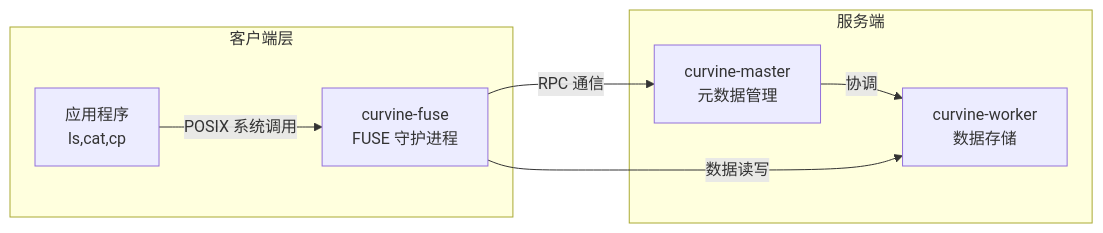
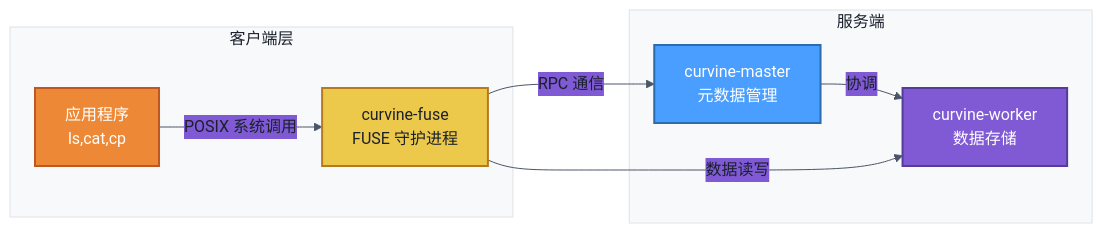
Before and after one commit to CurvineIO/curvine-doc: the second of 2 diagrams in i18n/zh-cn/docusaurus-plugin-content-docs/current/2-Deploy/2-Deploy-Curvine-Cluster/1-Preparation/04-Deployment-Architecture.md, drawn with Mermaid. The commit also changed other lines of this file and 5 other files, not shown here.

````diff
--- a/i18n/zh-cn/docusaurus-plugin-content-docs/current/2-Deploy/2-Deploy-Curvine-Cluster/1-Preparation/04-Deployment-Architecture.md
+++ b/i18n/zh-cn/docusaurus-plugin-content-docs/current/2-Deploy/2-Deploy-Curvine-Cluster/1-Preparation/04-Deployment-Architecture.md
@@ -71,15 +83,27 @@
 ```mermaid
+%%{init: {'theme': 'base', 'themeVariables': { 'background': '#ffffff', 'primaryColor': '#4a9eff', 'primaryTextColor': '#1a202c', 'primaryBorderColor': '#3182ce', 'lineColor': '#4a5568', 'secondaryColor': '#805ad5', 'tertiaryColor': '#38a169', 'mainBkg': '#ffffff', 'nodeBorder': '#4a5568', 'clusterBkg': '#f8f9fa', 'clusterBorder': '#dee2e6', 'titleColor': '#1a202c'}}}%%
 flowchart LR
     subgraph 客户端层
     App[应用程序<br/>ls,cat,cp]
     fuse[curvine-fuse<br/>FUSE 守护进程]
     App -- POSIX 系统调用 --> fuse
     end
     subgraph 服务端
     master[curvine-master<br/>元数据管理]
     worker[curvine-worker<br/>数据存储]
     master -- 协调 --> worker
     end
     fuse -- RPC 通信 --> master
     fuse -- 数据读写 --> worker
+
+    %% Styles
+    classDef appStyle fill:#ed8936,stroke:#c05621,color:#fff,stroke-width:2px
+    classDef fuseStyle fill:#ecc94b,stroke:#b7791f,color:#1a202c,stroke-width:2px
+    classDef masterStyle fill:#4a9eff,stroke:#2b6cb0,color:#fff,stroke-width:2px
+    classDef workerStyle fill:#805ad5,stroke:#553c9a,color:#fff,stroke-width:2px
+    
+    class App appStyle
+    class fuse fuseStyle
+    class master masterStyle
+    class worker workerStyle
 ```
````
